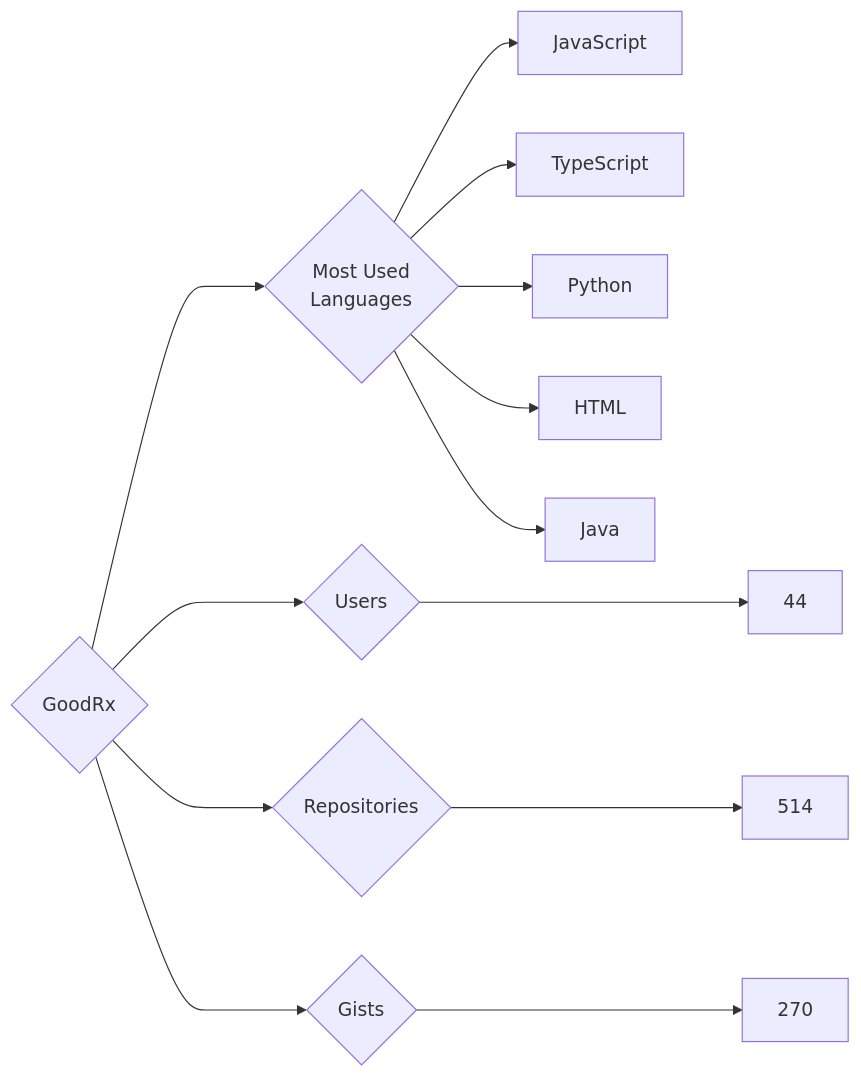
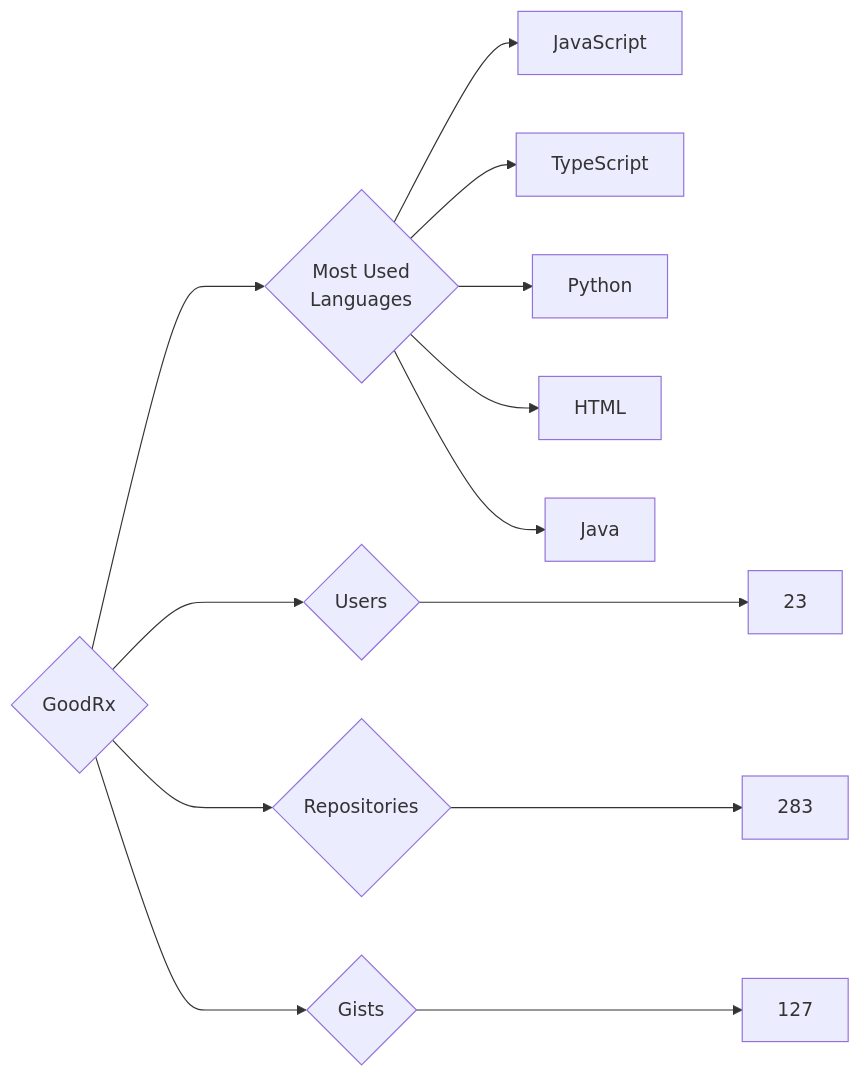
Before and after one commit to trickest/insiders: the diagram in targets/GoodRx/README.md, drawn with Mermaid. The commit also changed 699 other files, not shown here.

````diff
--- a/targets/GoodRx/README.md
+++ b/targets/GoodRx/README.md
@@ -3,13 +3,13 @@
 ```mermaid
 graph LR
 COMPANY_NAME{GoodRx}
-COMPANY_NAME ---> U{Users} ---> UN[44]
-COMPANY_NAME ---> R{Repositories} ---> RN[514]
-COMPANY_NAME ---> G{Gists} ---> GN[270]
+COMPANY_NAME ---> U{Users} ---> UN[23]
+COMPANY_NAME ---> R{Repositories} ---> RN[283]
+COMPANY_NAME ---> G{Gists} ---> GN[127]
 COMPANY_NAME ---> ML{Most Used<br>Languages}
 ML --> JavaScript[JavaScript]
 ML --> TypeScript[TypeScript]
 ML --> Python[Python]
 ML --> HTML[HTML]
 ML --> Java[Java]
 ```
````
